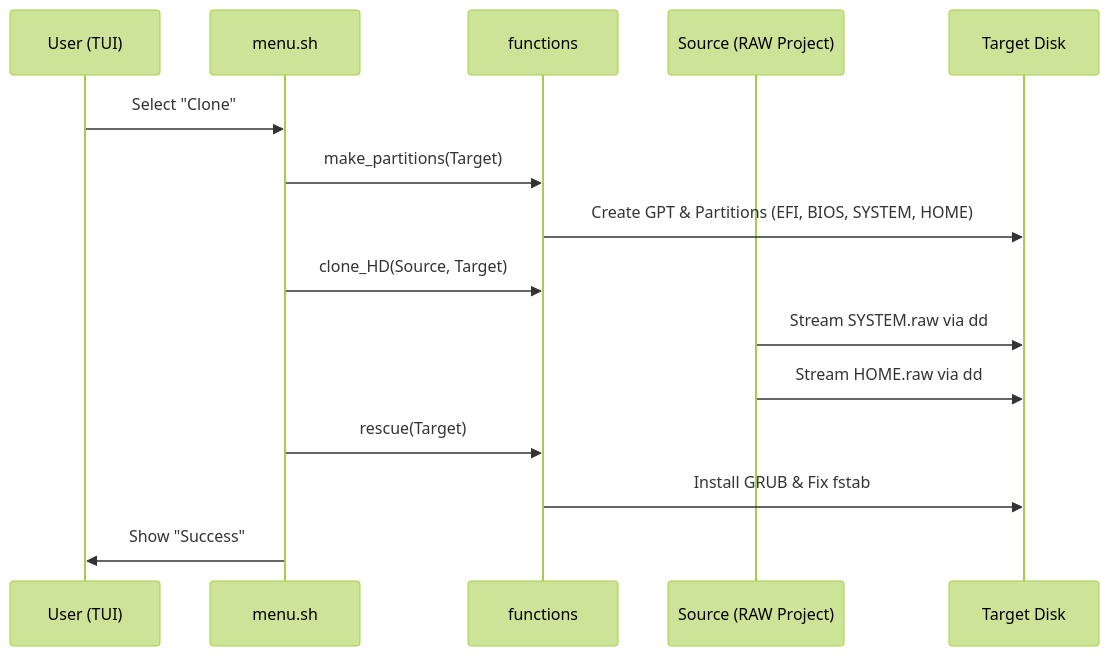
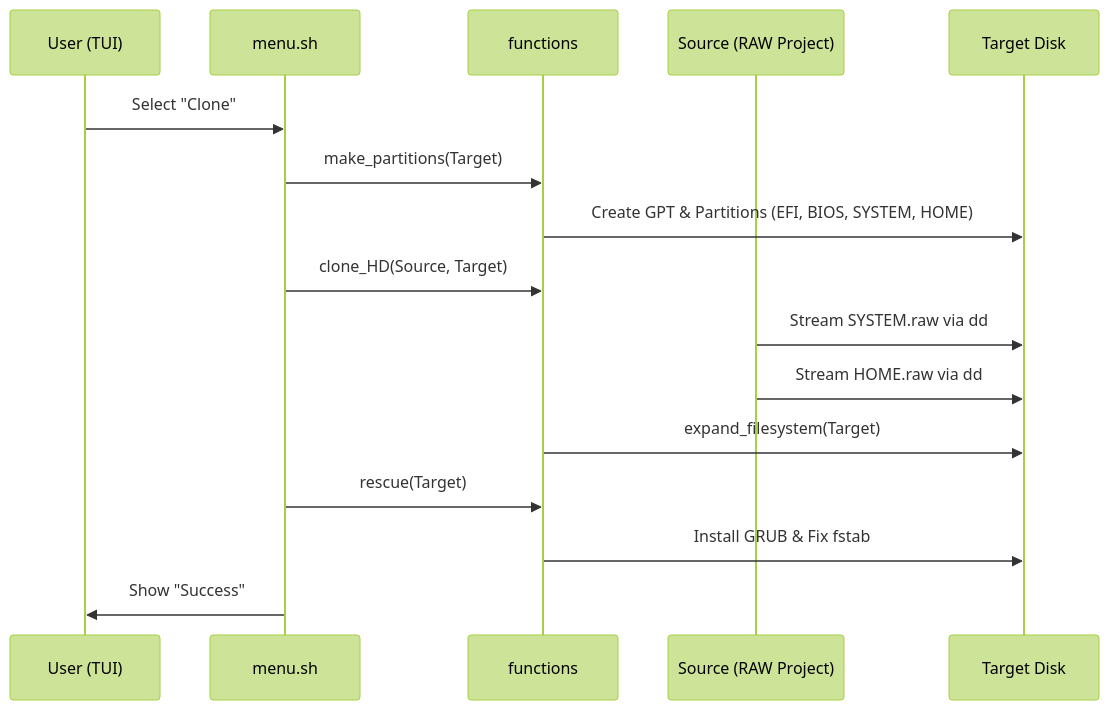
The diagram in docs/architecture.md (migasfree/migasfree-clone-system), drawn with Mermaid (forest theme) before and after one commit. The commit also changed other lines of this file and 4 other files, not shown here.

````diff
--- a/docs/architecture.md
+++ b/docs/architecture.md
@@ -54,18 +55,19 @@
 ```mermaid
 sequenceDiagram
     participant U as User (TUI)
     participant M as menu.sh
     participant F as functions
     participant S as Source (RAW Project)
     participant T as Target Disk
 
     U->>M: Select "Clone"
     M->>F: make_partitions(Target)
     F->>T: Create GPT & Partitions (EFI, BIOS, SYSTEM, HOME)
     M->>F: clone_HD(Source, Target)
     S->>T: Stream SYSTEM.raw via dd
     S->>T: Stream HOME.raw via dd
+    F->>T: expand_filesystem(Target)
     M->>F: rescue(Target)
     F->>T: Install GRUB & Fix fstab
     M->>U: Show "Success"
 ```
````
